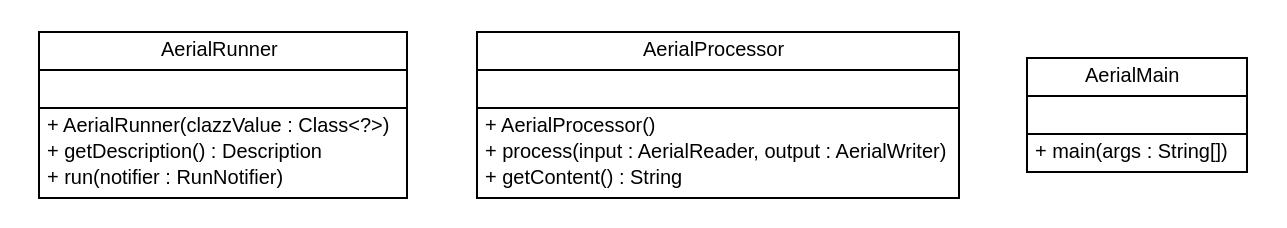
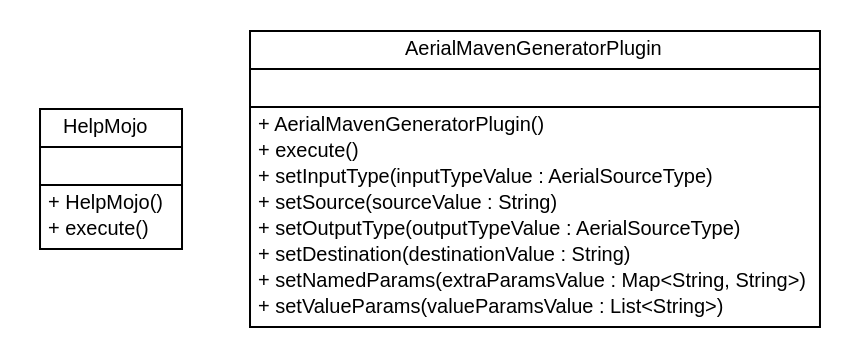
Before and after one commit to mkolisnyk/aerial: the diagram in 0.0.1-SNAPSHOT/apidocs/com/github/mkolisnyk/aerial/core/com.github.mkolisnyk.aerial.core.dot, drawn with Graphviz. The commit also changed 88 other files, not shown here.

Commit message:
Creating site for com.github.mkolisnyk:aerial-maven-plugin:0.0.1-SNAPSHOT

```diff
--- a/0.0.1-SNAPSHOT/apidocs/com/github/mkolisnyk/aerial/core/com.github.mkolisnyk.aerial.core.dot
+++ b/0.0.1-SNAPSHOT/apidocs/com/github/mkolisnyk/aerial/core/com.github.mkolisnyk.aerial.core.dot
@@ -1,52 +1,44 @@
 #!/usr/local/bin/dot
 #
 # Class diagram 
 # Generated by UMLGraph version R5_6 (http://www.umlgraph.org/)
 #
 
 digraph G {
 	edge [fontname="arial",fontsize=10,labelfontname="arial",labelfontsize=10];
 	node [fontname="arial",fontsize=10,shape=plaintext];
 	nodesep=0.25;
 	ranksep=0.5;
-	// com.github.mkolisnyk.aerial.core.AerialRunner
-	c98 [label=<<table title="com.github.mkolisnyk.aerial.core.AerialRunner" border="0" cellborder="1" cellspacing="0" cellpadding="2" port="p" href="./AerialRunner.html">
+	// com.github.mkolisnyk.aerial.core.HelpMojo
+	c0 [label=<<table title="com.github.mkolisnyk.aerial.core.HelpMojo" border="0" cellborder="1" cellspacing="0" cellpadding="2" port="p" href="./HelpMojo.html">
 		<tr><td><table border="0" cellspacing="0" cellpadding="1">
-<tr><td align="center" balign="center"> AerialRunner </td></tr>
+<tr><td align="center" balign="center"> HelpMojo </td></tr>
 		</table></td></tr>
 		<tr><td><table border="0" cellspacing="0" cellpadding="1">
 <tr><td align="left" balign="left">  </td></tr>
 		</table></td></tr>
 		<tr><td><table border="0" cellspacing="0" cellpadding="1">
-<tr><td align="left" balign="left"> + AerialRunner(clazzValue : Class&lt;?&gt;) </td></tr>
-<tr><td align="left" balign="left"> + getDescription() : Description </td></tr>
-<tr><td align="left" balign="left"> + run(notifier : RunNotifier) </td></tr>
+<tr><td align="left" balign="left"> + HelpMojo() </td></tr>
+<tr><td align="left" balign="left"> + execute() </td></tr>
 		</table></td></tr>
-		</table>>, URL="./AerialRunner.html", fontname="arial", fontcolor="black", fontsize=10.0];
-	// com.github.mkolisnyk.aerial.core.AerialProcessor
-	c99 [label=<<table title="com.github.mkolisnyk.aerial.core.AerialProcessor" border="0" cellborder="1" cellspacing="0" cellpadding="2" port="p" href="./AerialProcessor.html">
+		</table>>, URL="./HelpMojo.html", fontname="arial", fontcolor="black", fontsize=10.0];
+	// com.github.mkolisnyk.aerial.core.AerialMavenGeneratorPlugin
+	c1 [label=<<table title="com.github.mkolisnyk.aerial.core.AerialMavenGeneratorPlugin" border="0" cellborder="1" cellspacing="0" cellpadding="2" port="p" href="./AerialMavenGeneratorPlugin.html">
 		<tr><td><table border="0" cellspacing="0" cellpadding="1">
-<tr><td align="center" balign="center"> AerialProcessor </td></tr>
+<tr><td align="center" balign="center"> AerialMavenGeneratorPlugin </td></tr>
 		</table></td></tr>
 		<tr><td><table border="0" cellspacing="0" cellpadding="1">
 <tr><td align="left" balign="left">  </td></tr>
 		</table></td></tr>
 		<tr><td><table border="0" cellspacing="0" cellpadding="1">
-<tr><td align="left" balign="left"> + AerialProcessor() </td></tr>
-<tr><td align="left" balign="left"> + process(input : AerialReader, output : AerialWriter) </td></tr>
-<tr><td align="left" balign="left"> + getContent() : String </td></tr>
+<tr><td align="left" balign="left"> + AerialMavenGeneratorPlugin() </td></tr>
+<tr><td align="left" balign="left"> + execute() </td></tr>
+<tr><td align="left" balign="left"> + setInputType(inputTypeValue : AerialSourceType) </td></tr>
+<tr><td align="left" balign="left"> + setSource(sourceValue : String) </td></tr>
+<tr><td align="left" balign="left"> + setOutputType(outputTypeValue : AerialSourceType) </td></tr>
+<tr><td align="left" balign="left"> + setDestination(destinationValue : String) </td></tr>
+<tr><td align="left" balign="left"> + setNamedParams(extraParamsValue : Map&lt;String, String&gt;) </td></tr>
+<tr><td align="left" balign="left"> + setValueParams(valueParamsValue : List&lt;String&gt;) </td></tr>
 		</table></td></tr>
-		</table>>, URL="./AerialProcessor.html", fontname="arial", fontcolor="black", fontsize=10.0];
-	// com.github.mkolisnyk.aerial.core.AerialMain
-	c100 [label=<<table title="com.github.mkolisnyk.aerial.core.AerialMain" border="0" cellborder="1" cellspacing="0" cellpadding="2" port="p" href="./AerialMain.html">
-		<tr><td><table border="0" cellspacing="0" cellpadding="1">
-<tr><td align="center" balign="center"> AerialMain </td></tr>
-		</table></td></tr>
-		<tr><td><table border="0" cellspacing="0" cellpadding="1">
-<tr><td align="left" balign="left">  </td></tr>
-		</table></td></tr>
-		<tr><td><table border="0" cellspacing="0" cellpadding="1">
-<tr><td align="left" balign="left"> + main(args : String[]) </td></tr>
-		</table></td></tr>
-		</table>>, URL="./AerialMain.html", fontname="arial", fontcolor="black", fontsize=10.0];
+		</table>>, URL="./AerialMavenGeneratorPlugin.html", fontname="arial", fontcolor="black", fontsize=10.0];
 }
```
